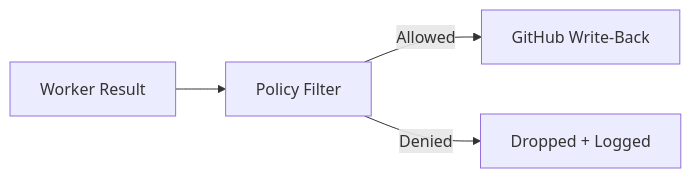
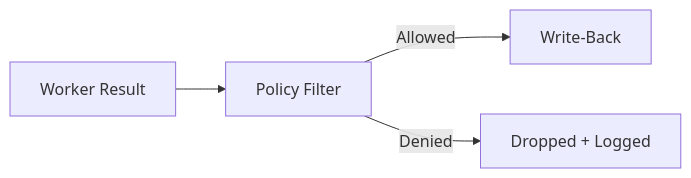
One commit to xiaolai/mecha.im changed the first of 2 diagrams in website/guide/policy.md. Above: the diagram before and after it, drawn with Mermaid. The commit also changed other lines of this file and 1 other file, not shown here.

````diff
--- a/website/guide/policy.md
+++ b/website/guide/policy.md
@@ -12,6 +12,6 @@
 ```mermaid
 flowchart LR
     W[Worker Result] --> P[Policy Filter]
-    P -->|Allowed| G[GitHub Write-Back]
+    P -->|Allowed| G[Write-Back]
     P -->|Denied| D[Dropped + Logged]
 ```
````
